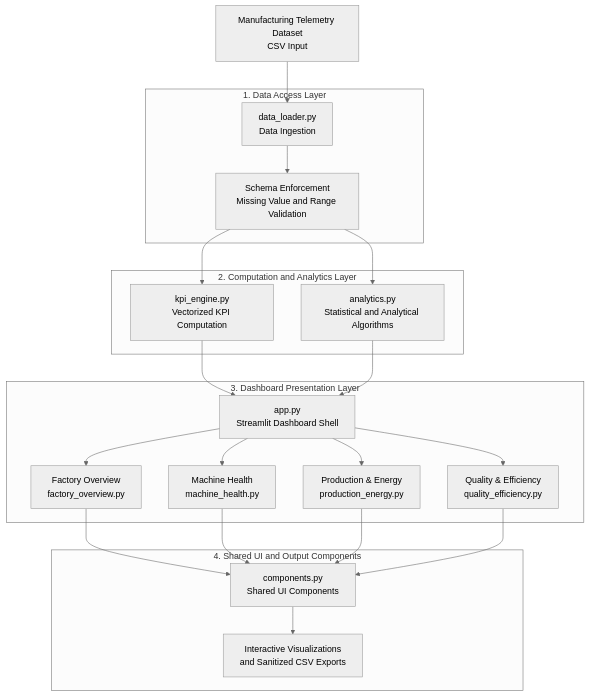
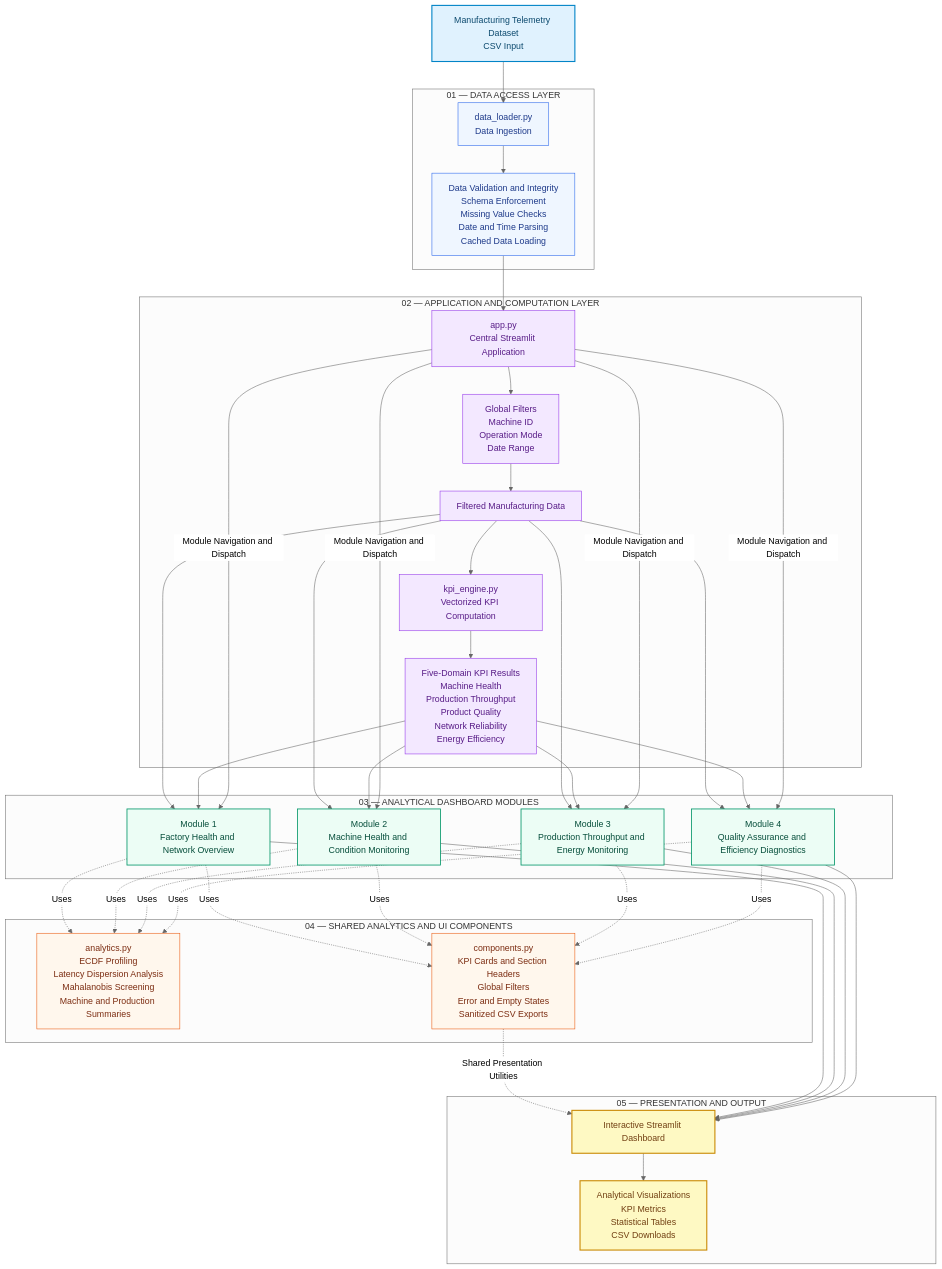
One commit to nitin25J/smart-factory-manufacturing-analytics changed the diagram in README.md. Above: the diagram before and after it, drawn with Mermaid (neutral theme). The commit also changed other lines of this file, not shown here.

````diff
--- a/README.md
+++ b/README.md
@@ -82,43 +86,90 @@
 ```mermaid
-flowchart TD
+flowchart TB
+
     A["Manufacturing Telemetry Dataset<br/>CSV Input"]
-    
-    subgraph DATA["1. Data Access Layer"]
+
+    subgraph L1["01 — DATA ACCESS LAYER"]
         B["data_loader.py<br/>Data Ingestion"]
-        C["Schema Enforcement<br/>Missing Value and Range Validation"]
+        C["Data Validation and Integrity<br/>Schema Enforcement<br/>Missing Value Checks<br/>Date and Time Parsing<br/>Cached Data Loading"]
         B --> C
     end
 
-    subgraph ENGINE["2. Computation and Analytics Layer"]
-        D["kpi_engine.py<br/>Vectorized KPI Computation"]
-        E["analytics.py<br/>Statistical and Analytical Algorithms"]
+    subgraph L2["02 — APPLICATION AND COMPUTATION LAYER"]
+        D["app.py<br/>Central Streamlit Application"]
+        E["Global Filters<br/>Machine ID<br/>Operation Mode<br/>Date Range"]
+        F["Filtered Manufacturing Data"]
+        G["kpi_engine.py<br/>Vectorized KPI Computation"]
+        H["Five-Domain KPI Results<br/>Machine Health<br/>Production Throughput<br/>Product Quality<br/>Network Reliability<br/>Energy Efficiency"]
+
+        D --> E
+        E --> F
+        F --> G
+        G --> H
     end
 
-    subgraph PRESENTATION["3. Dashboard Presentation Layer"]
-        F["app.py<br/>Streamlit Dashboard Shell"]
-        G["Factory Overview<br/>factory_overview.py"]
-        H["Machine Health<br/>machine_health.py"]
-        I["Production & Energy<br/>production_energy.py"]
-        J["Quality & Efficiency<br/>quality_efficiency.py"]
+    subgraph L3["03 — ANALYTICAL DASHBOARD MODULES"]
+        M1["Module 1<br/>Factory Health and Network Overview"]
+        M2["Module 2<br/>Machine Health and Condition Monitoring"]
+        M3["Module 3<br/>Production Throughput and Energy Monitoring"]
+        M4["Module 4<br/>Quality Assurance and Efficiency Diagnostics"]
     end
 
-    subgraph OUTPUT["4. Shared UI and Output Components"]
-        K["components.py<br/>Shared UI Components"]
-        L["Interactive Visualizations<br/>and Sanitized CSV Exports"]
+    subgraph L4["04 — SHARED ANALYTICS AND UI COMPONENTS"]
+        I["analytics.py<br/>ECDF Profiling<br/>Latency Dispersion Analysis<br/>Mahalanobis Screening<br/>Machine and Production Summaries"]
+        J["components.py<br/>KPI Cards and Section Headers<br/>Global Filters<br/>Error and Empty States<br/>Sanitized CSV Exports"]
+    end
+
+    subgraph L5["05 — PRESENTATION AND OUTPUT"]
+        K["Interactive Streamlit Dashboard"]
+        O["Analytical Visualizations<br/>KPI Metrics<br/>Statistical Tables<br/>CSV Downloads"]
+        K --> O
     end
 
     A --> B
     C --> D
-    C --> E
-    D --> F
-    E --> F
-    F --> G
-    F --> H
-    F --> I
-    F --> J
-    G --> K
-    H --> K
-    I --> K
-    J --> K
-    K --> L
+
+    F --> M1
+    F --> M2
+    F --> M3
+    F --> M4
+
+    H --> M1
+    H --> M2
+    H --> M3
+    H --> M4
+
+    D -->|"Module Navigation and Dispatch"| M1
+    D -->|"Module Navigation and Dispatch"| M2
+    D -->|"Module Navigation and Dispatch"| M3
+    D -->|"Module Navigation and Dispatch"| M4
+
+    M1 -.->|"Uses"| I
+    M2 -.->|"Uses"| I
+    M3 -.->|"Uses"| I
+    M4 -.->|"Uses"| I
+
+    M1 -.->|"Uses"| J
+    M2 -.->|"Uses"| J
+    M3 -.->|"Uses"| J
+    M4 -.->|"Uses"| J
+
+    J -.->|"Shared Presentation Utilities"| K
+    M1 --> K
+    M2 --> K
+    M3 --> K
+    M4 --> K
+
+    classDef source fill:#e0f2fe,stroke:#0284c7,color:#0c4a6e,stroke-width:2px
+    classDef data fill:#eff6ff,stroke:#2563eb,color:#1e3a8a
+    classDef core fill:#f3e8ff,stroke:#9333ea,color:#581c87
+    classDef modules fill:#ecfdf5,stroke:#059669,color:#064e3b,stroke-width:1.5px
+    classDef services fill:#fff7ed,stroke:#ea580c,color:#7c2d12
+    classDef output fill:#fef9c3,stroke:#ca8a04,color:#713f12,stroke-width:2px
+
+    class A source
+    class B,C data
+    class D,E,F,G,H core
+    class M1,M2,M3,M4 modules
+    class I,J services
+    class K,O output
 ```
````
